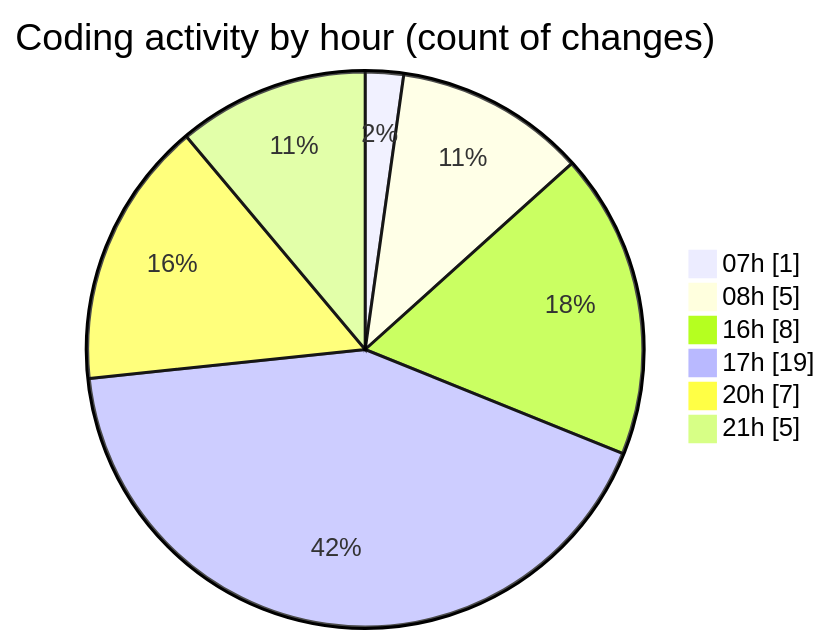
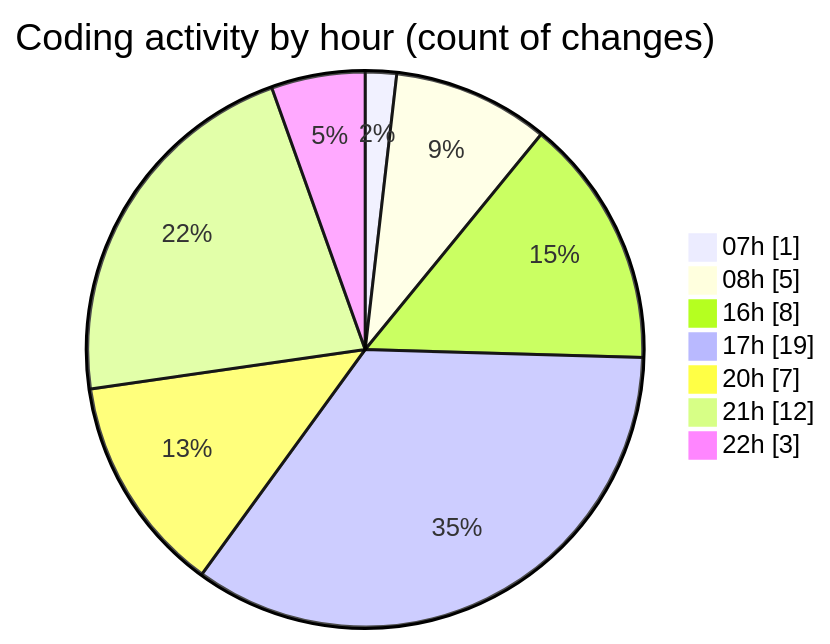
Before and after one commit to Elitesun/code-tracking: the second of 2 diagrams in 2025-02-13/elitegpt/README.md, drawn with Mermaid. The commit also changed other lines of this file and 1 other file, not shown here.

````diff
--- a/2025-02-13/elitegpt/README.md
+++ b/2025-02-13/elitegpt/README.md
@@ -36,10 +36,11 @@
 ```mermaid
 pie showData
 title Coding activity by hour (count of changes)
 "07h" : 1
 "08h" : 5
 "16h" : 8
 "17h" : 19
 "20h" : 7
-"21h" : 5
+"21h" : 12
+"22h" : 3
 ```
````
